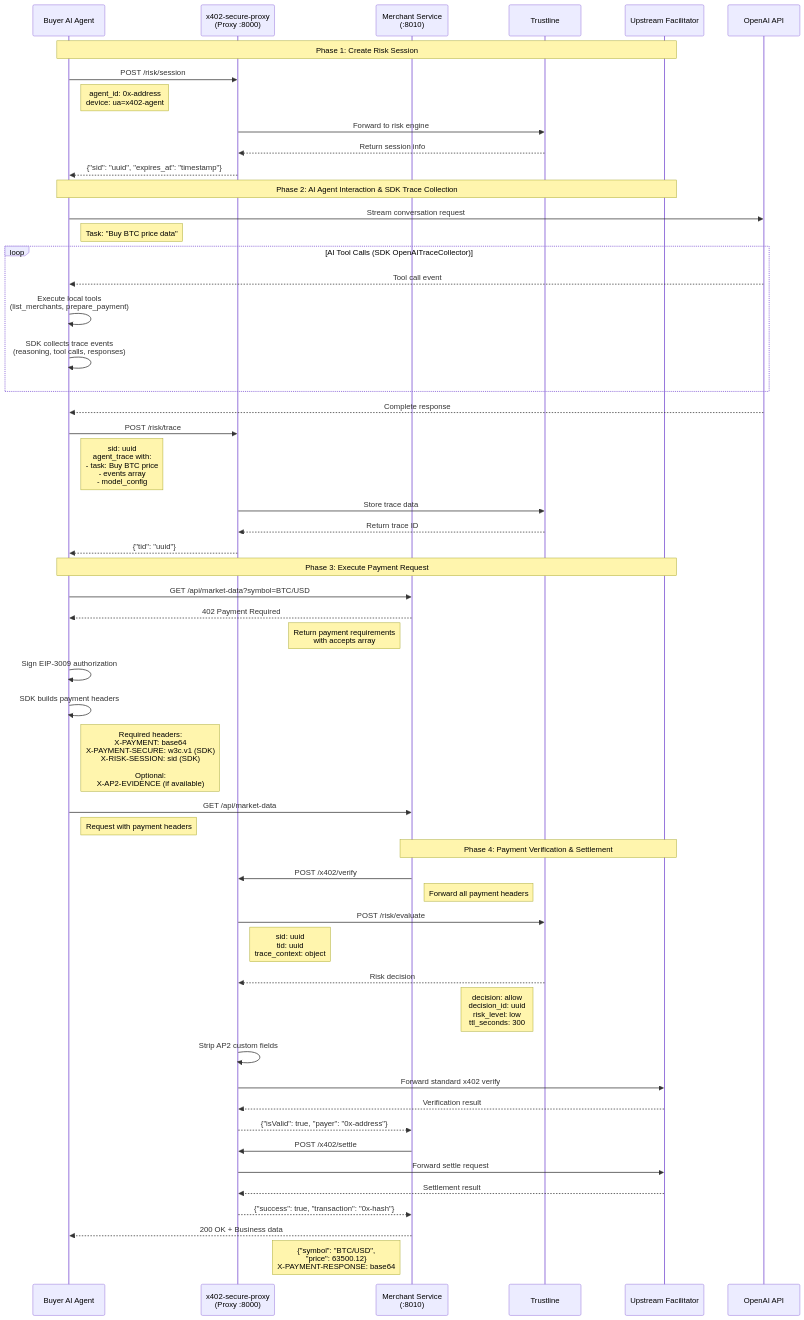
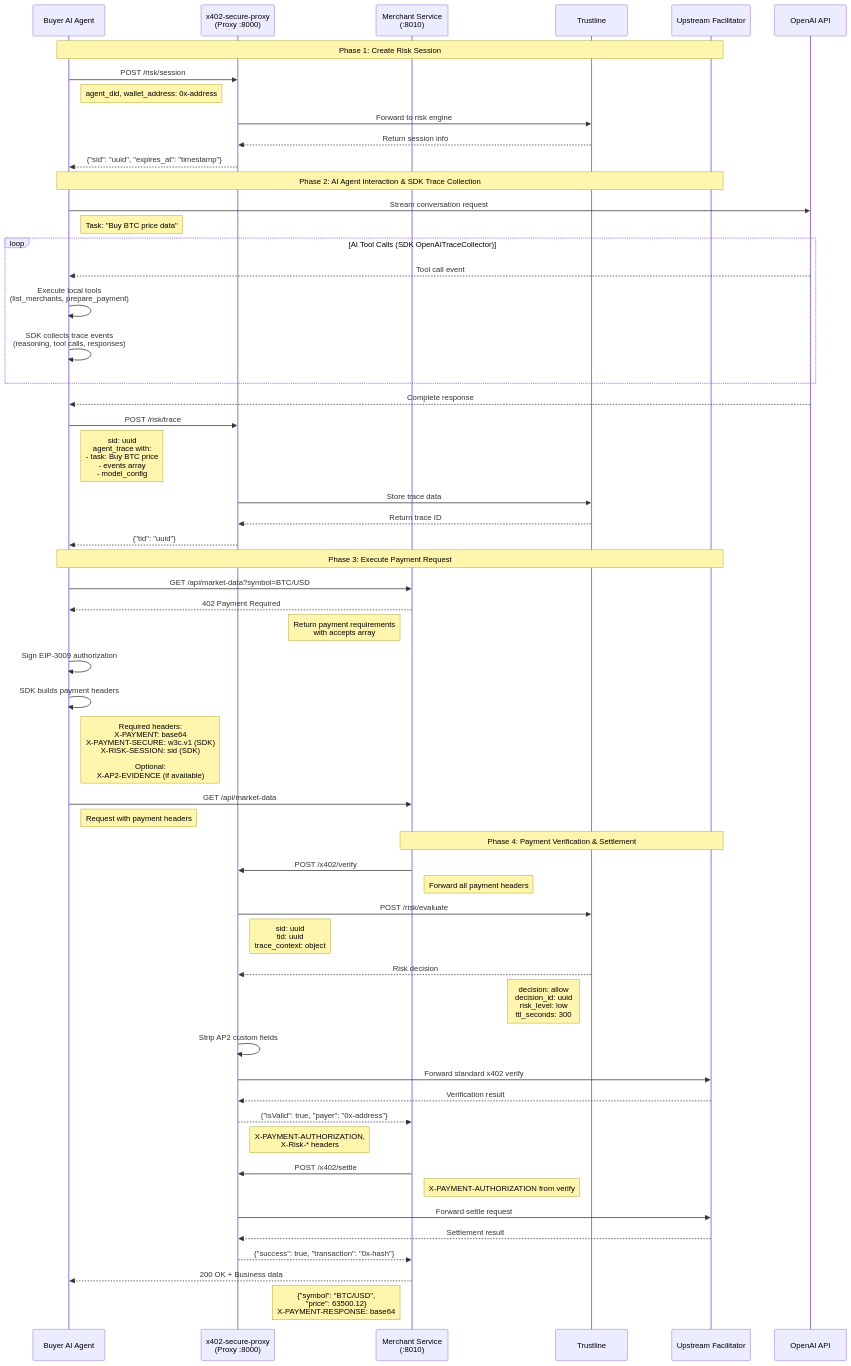
One commit to t54-labs/x402-secure changed the diagram in README.md. Above: the diagram before and after it, drawn with Mermaid. The commit also changed other lines of this file and 19 other files, not shown here.

````diff
--- a/README.md
+++ b/README.md
@@ -302,72 +322,74 @@
 ```mermaid
 sequenceDiagram
     participant Buyer as Buyer AI Agent
     participant Gateway as x402-secure-proxy<br/>(Proxy :8000)
     participant Seller as Merchant Service<br/>(:8010)
     participant Risk as Trustline
     participant Upstream as Upstream Facilitator
     participant OpenAI as OpenAI API
 
     Note over Buyer,Upstream: Phase 1: Create Risk Session
 
     Buyer->>Gateway: POST /risk/session
-    Note right of Buyer: agent_id: 0x-address<br/>device: ua=x402-agent
+    Note right of Buyer: agent_did, wallet_address: 0x-address
     Gateway->>Risk: Forward to risk engine
     Risk-->>Gateway: Return session info
     Gateway-->>Buyer: {"sid": "uuid", "expires_at": "timestamp"}
 
     Note over Buyer,Upstream: Phase 2: AI Agent Interaction & SDK Trace Collection
 
     Buyer->>OpenAI: Stream conversation request
     Note right of Buyer: Task: "Buy BTC price data"
 
     loop AI Tool Calls (SDK OpenAITraceCollector)
         OpenAI-->>Buyer: Tool call event
         Buyer->>Buyer: Execute local tools<br/>(list_merchants, prepare_payment)
         Buyer->>Buyer: SDK collects trace events<br/>(reasoning, tool calls, responses)
     end
 
     OpenAI-->>Buyer: Complete response
 
     Buyer->>Gateway: POST /risk/trace
     Note right of Buyer: sid: uuid<br/>agent_trace with:<br/>- task: Buy BTC price<br/>- events array<br/>- model_config
     Gateway->>Risk: Store trace data
     Risk-->>Gateway: Return trace ID
     Gateway-->>Buyer: {"tid": "uuid"}
 
     Note over Buyer,Upstream: Phase 3: Execute Payment Request
 
     Buyer->>Seller: GET /api/market-data?symbol=BTC/USD
     Seller-->>Buyer: 402 Payment Required
     Note left of Seller: Return payment requirements<br/>with accepts array
 
     Buyer->>Buyer: Sign EIP-3009 authorization
     Buyer->>Buyer: SDK builds payment headers
     Note right of Buyer: Required headers:<br/>X-PAYMENT: base64<br/>X-PAYMENT-SECURE: w3c.v1 (SDK)<br/>X-RISK-SESSION: sid (SDK)<br/><br/>Optional:<br/>X-AP2-EVIDENCE (if available)
 
     Buyer->>Seller: GET /api/market-data
     Note right of Buyer: Request with payment headers
 
     Note over Seller,Upstream: Phase 4: Payment Verification & Settlement
 
     Seller->>Gateway: POST /x402/verify
     Note right of Seller: Forward all payment headers
 
     Gateway->>Risk: POST /risk/evaluate
     Note right of Gateway: sid: uuid<br/>tid: uuid<br/>trace_context: object
     Risk-->>Gateway: Risk decision
     Note left of Risk: decision: allow<br/>decision_id: uuid<br/>risk_level: low<br/>ttl_seconds: 300
 
     Gateway->>Gateway: Strip AP2 custom fields
     Gateway->>Upstream: Forward standard x402 verify
     Upstream-->>Gateway: Verification result
     Gateway-->>Seller: {"isValid": true, "payer": "0x-address"}
+    Note right of Gateway: X-PAYMENT-AUTHORIZATION,<br/>X-Risk-* headers
 
     Seller->>Gateway: POST /x402/settle
+    Note right of Seller: X-PAYMENT-AUTHORIZATION from verify
     Gateway->>Upstream: Forward settle request
     Upstream-->>Gateway: Settlement result
     Gateway-->>Seller: {"success": true, "transaction": "0x-hash"}
 
     Seller-->>Buyer: 200 OK + Business data
     Note left of Seller: {"symbol": "BTC/USD",<br/>"price": 63500.12}<br/>X-PAYMENT-RESPONSE: base64
 ```
````
